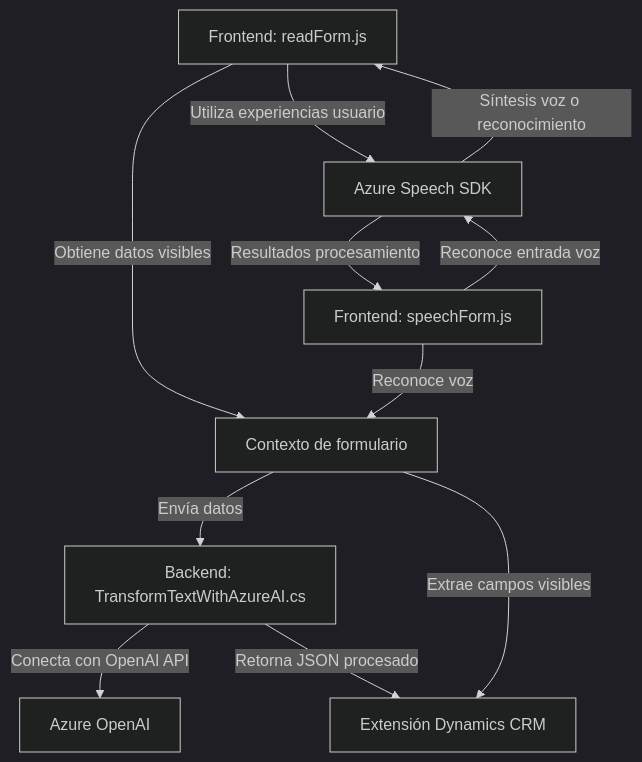
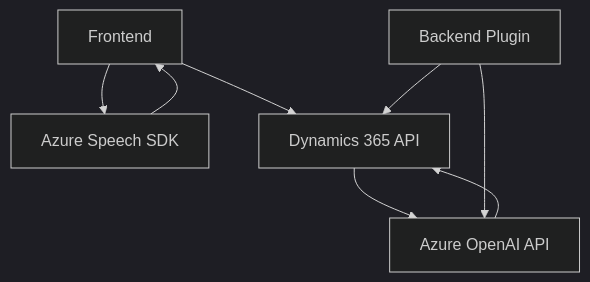
The diagram in README.md (blopezdm/NETCORE_BILBAO2025), drawn with Mermaid (dark theme) before and after one commit. The commit also changed other lines of this file, not shown here.

Commit message:
Actualizar análisis global de la solución con IA

````diff
--- a/README.md
+++ b/README.md
@@ -43,13 +63,17 @@
 ```mermaid
 graph TD
-    A["Frontend: readForm.js"] -- "Obtiene datos visibles" --> C["Contexto de formulario"]
-    B["Frontend: speechForm.js"] -- "Reconoce voz" --> C["Contexto de formulario"]
-    C["Contexto de formulario"] -- "Envía datos" --> D["Backend: TransformTextWithAzureAI.cs"]
-    D -- "Conecta con OpenAI API" --> E["Azure OpenAI"]
-    D -- "Retorna JSON procesado" --> F["Extensión Dynamics CRM"]
-    C -- "Extrae campos visibles" --> F
-    A -- "Utiliza experiencias usuario" --> G["Azure Speech SDK"]
-    B -- "Reconoce entrada voz" --> G
-    G -- "Síntesis voz o reconocimiento" --> A
-    G -- "Resultados procesamiento" --> B
+    A["Frontend"]
+    B["Azure Speech SDK"]
+    C["Dynamics 365 API"]
+    D["Azure OpenAI API"]
+    E["Backend Plugin"]
+
+    A --> B
+    A --> C
+    B --> A
+    
+    C --> D
+    D --> C
+    E --> D
+    E --> C
 ```
````
